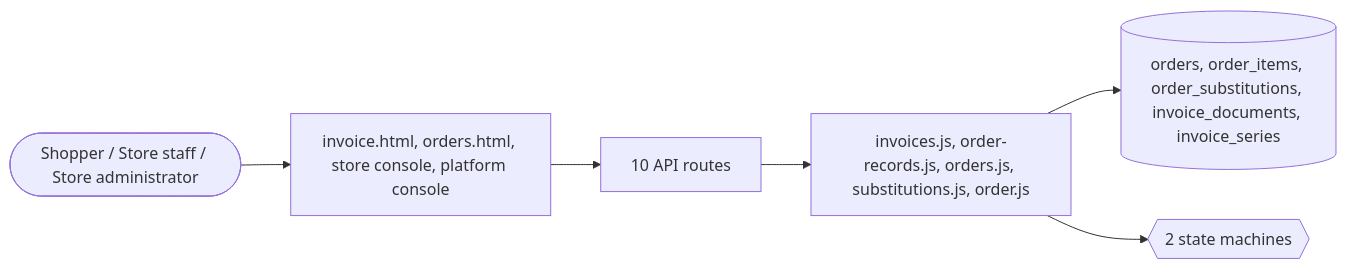
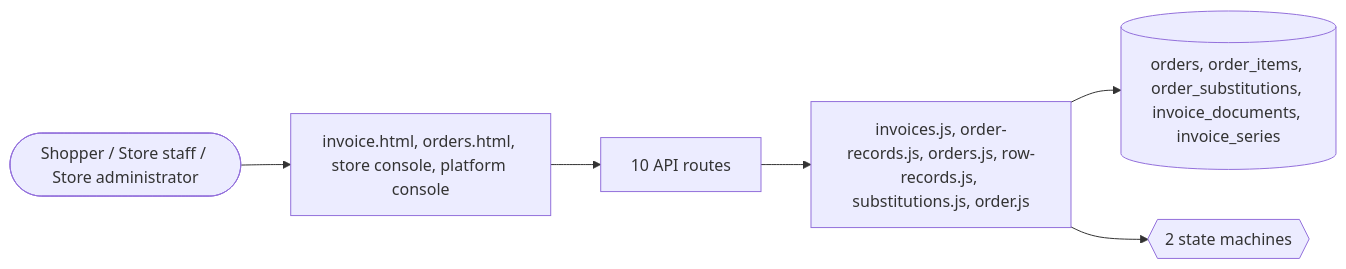
The third of 3 diagrams in docs/domains/order.md (echelonxventures-Projects/universal-product), drawn with Mermaid before and after one commit. The commit also changed other lines of this file and 28 other files, not shown here.

````diff
--- a/docs/domains/order.md
+++ b/docs/domains/order.md
@@ -194,8 +195,8 @@
 ```mermaid
 flowchart LR
   U([Shopper / Store staff / Store administrator]) --> UI[invoice.html, orders.html, store console, platform console]
   UI --> API[10 API routes]
-  API --> ENG[invoices.js, order-records.js, orders.js, substitutions.js, order.js]
+  API --> ENG[invoices.js, order-records.js, orders.js, row-records.js, substitutions.js, order.js]
   ENG --> DB[(orders, order_items, order_substitutions, invoice_documents, invoice_series)]
   ENG --> SM{{2 state machines}}
 ```
````
